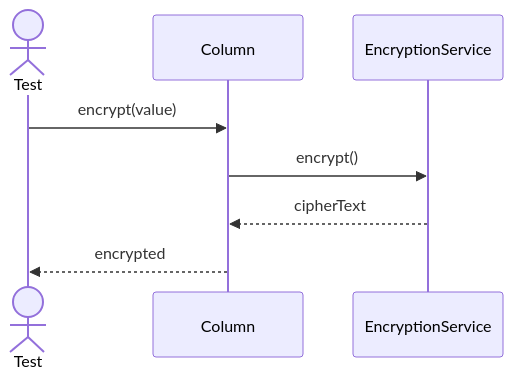
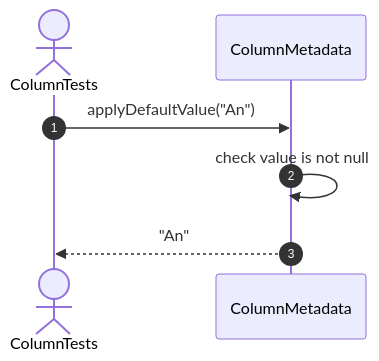
The tenth of 18 diagrams in src/tests/unit/metadata/sequences/columns-testing.se.md (FhuAnn/-bbv-AN-s-DBMS), drawn with Mermaid before and after one commit. The commit also changed other lines of this file and 60 other files, not shown here.

Commit message:
refactor data table, row, column, constraint, index test file

````diff
--- a/src/tests/unit/metadata/sequences/columns-testing.se.md
+++ b/src/tests/unit/metadata/sequences/columns-testing.se.md
@@ -169,14 +147,10 @@
 ```mermaid
 sequenceDiagram
-actor Test
-participant Column
-participant EncryptionService
+    autonumber
+    actor Test as ColumnTests
+    participant Column as ColumnMetadata
 
-Test->>Column: encrypt(value)
-
-Column->>EncryptionService: encrypt()
-
-EncryptionService-->>Column: cipherText
-
-Column-->>Test: encrypted
+    Test->>Column: applyDefaultValue("An")
+    Column->>Column: check value is not null
+    Column-->>Test: "An"
 ```
````
